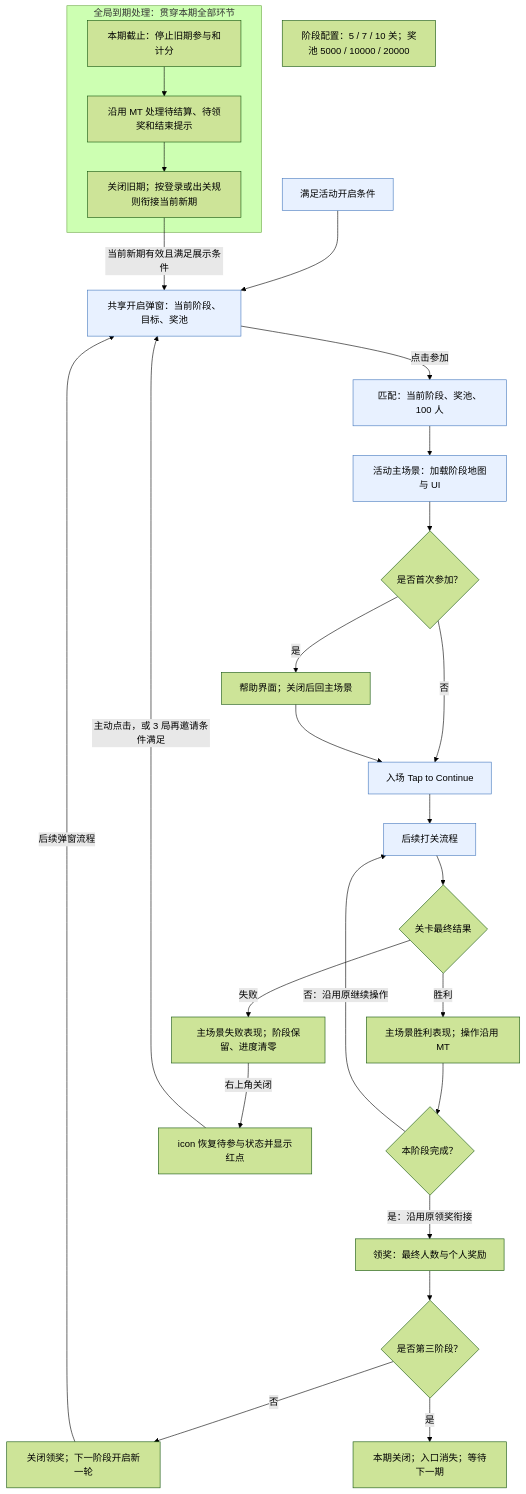
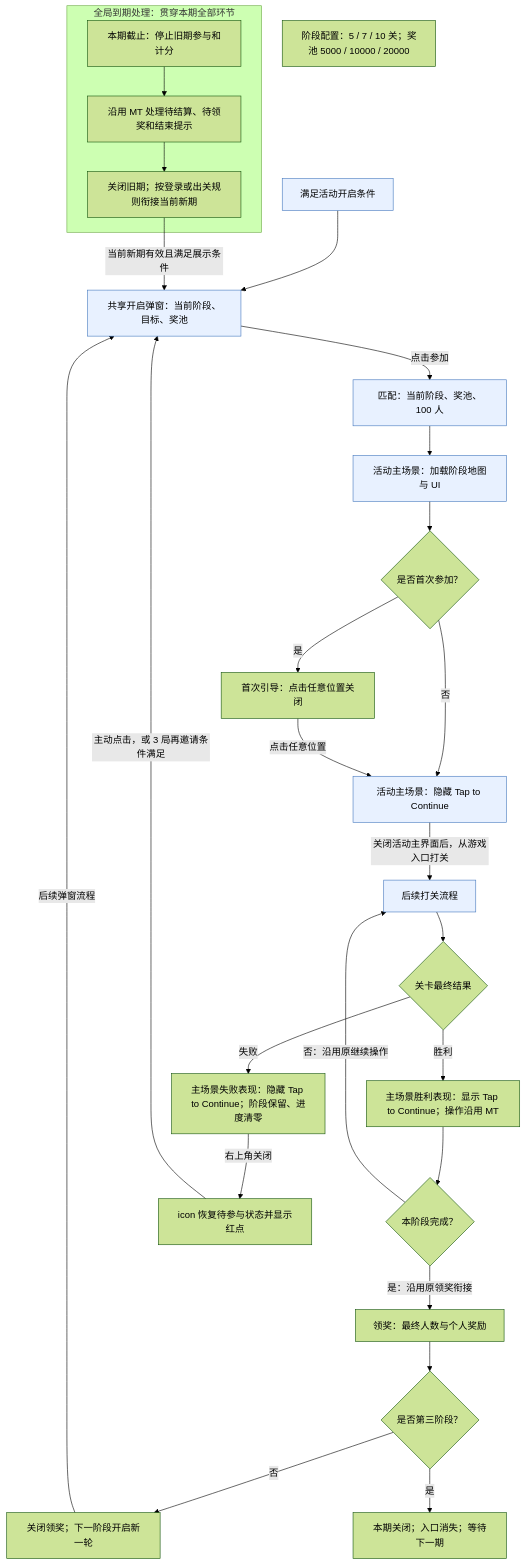
The diagram in 02-PROJECTS/TileScape/游戏逻辑/任务-钻石联盟每日三阶段改造.md (njbyxqw/LibraryG), drawn with Mermaid (forest theme) before and after one commit. The commit also changed other lines of this file and 88 other files, not shown here.

````diff
--- a/02-PROJECTS/TileScape/游戏逻辑/任务-钻石联盟每日三阶段改造.md
+++ b/02-PROJECTS/TileScape/游戏逻辑/任务-钻石联盟每日三阶段改造.md
@@ -62,31 +62,31 @@
 ```mermaid
 flowchart TD
     A[满足活动开启条件] --> B[共享开启弹窗：当前阶段、目标、奖池]
     B -->|点击参加| C[匹配：当前阶段、奖池、100 人]
     C --> D[活动主场景：加载阶段地图与 UI]
     D --> E{是否首次参加？}
-    E -->|是| H[帮助界面；关闭后回主场景]
-    E -->|否| T[入场 Tap to Continue]
-    H --> T
-    T --> F[后续打关流程]
+    E -->|是| H[首次引导：点击任意位置关闭]
+    E -->|否| T[活动主场景：隐藏 Tap to Continue]
+    H -->|点击任意位置| T
+    T -->|关闭活动主界面后，从游戏入口打关| F[后续打关流程]
     F --> G{关卡最终结果}
-    G -->|胜利| W[主场景胜利表现；操作沿用 MT]
+    G -->|胜利| W[主场景胜利表现：显示 Tap to Continue；操作沿用 MT]
     W --> J{本阶段完成？}
     J -->|否：沿用原继续操作| F
     J -->|是：沿用原领奖衔接| K[领奖：最终人数与个人奖励]
     K --> L{是否第三阶段？}
     L -->|否| M[关闭领奖；下一阶段开启新一轮]
     M -->|后续弹窗流程| B
     L -->|是| N[本期关闭；入口消失；等待下一期]
-    G -->|失败| X[主场景失败表现；阶段保留、进度清零]
+    G -->|失败| X[主场景失败表现：隐藏 Tap to Continue；阶段保留、进度清零]
     X -->|右上角关闭| Y[icon 恢复待参与状态并显示红点]
     Y -->|主动点击，或 3 局再邀请条件满足| B
     Q[阶段配置：5 / 7 / 10 关；奖池 5000 / 10000 / 20000]
     subgraph END_FLOW[全局到期处理：贯穿本期全部环节]
         U[本期截止：停止旧期参与和计分] --> V[沿用 MT 处理待结算、待领奖和结束提示]
         V --> Z[关闭旧期；按登录或出关规则衔接当前新期]
     end
     Z -->|当前新期有效且满足展示条件| B
     classDef core fill:#e8f1ff,stroke:#4478be;
     class A,B,C,D,T,F core;
 ```
````
